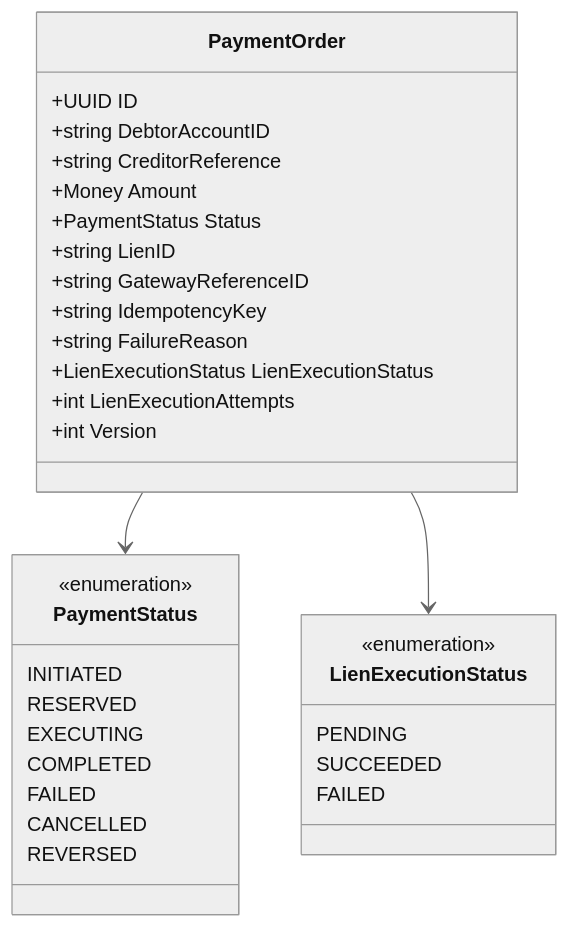
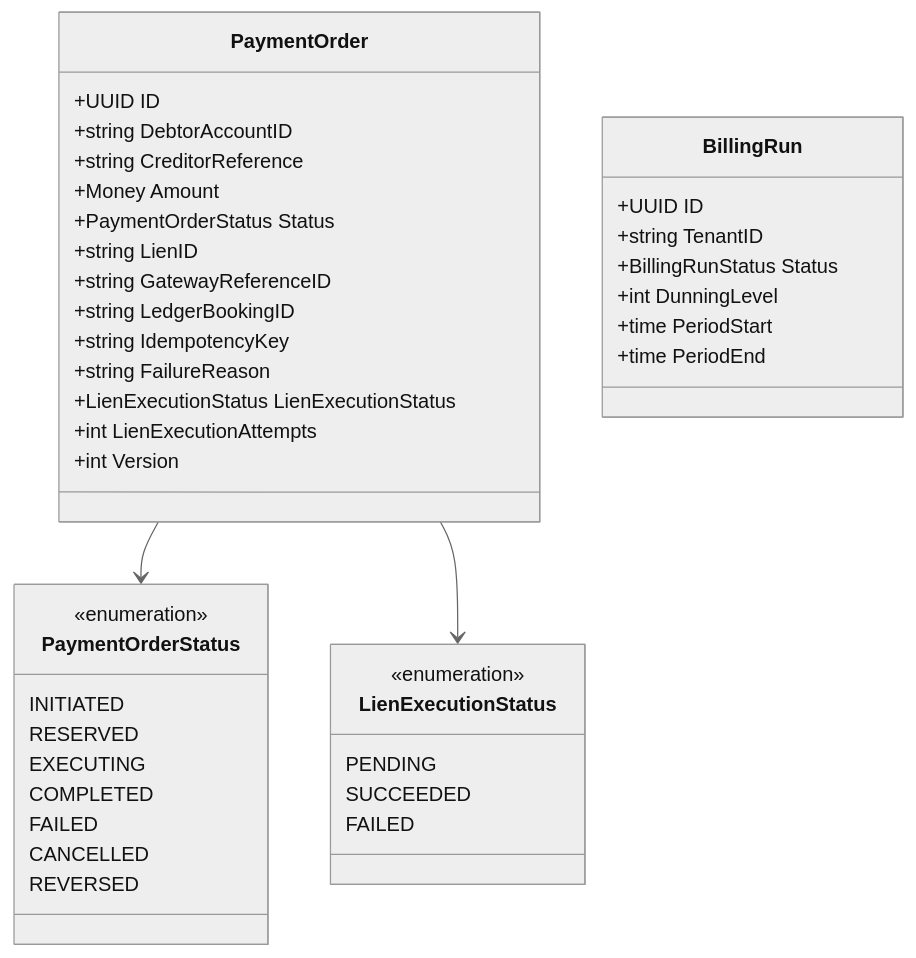
Before and after one commit to meridianhub/meridian: the diagram in services/payment-order/README.md, drawn with Mermaid (neutral theme). The commit also changed other lines of this file and 2 other files, not shown here.

````diff
--- a/services/payment-order/README.md
+++ b/services/payment-order/README.md
@@ -90,38 +71,48 @@
 ```mermaid
 classDiagram
     class PaymentOrder {
         +UUID ID
         +string DebtorAccountID
         +string CreditorReference
         +Money Amount
-        +PaymentStatus Status
+        +PaymentOrderStatus Status
         +string LienID
         +string GatewayReferenceID
+        +string LedgerBookingID
         +string IdempotencyKey
         +string FailureReason
         +LienExecutionStatus LienExecutionStatus
         +int LienExecutionAttempts
         +int Version
     }
 
-    class PaymentStatus {
+    class PaymentOrderStatus {
         <<enumeration>>
         INITIATED
         RESERVED
         EXECUTING
         COMPLETED
         FAILED
         CANCELLED
         REVERSED
     }
 
     class LienExecutionStatus {
         <<enumeration>>
         PENDING
         SUCCEEDED
         FAILED
     }
 
-    PaymentOrder --> PaymentStatus
+    class BillingRun {
+        +UUID ID
+        +string TenantID
+        +BillingRunStatus Status
+        +int DunningLevel
+        +time PeriodStart
+        +time PeriodEnd
+    }
+
+    PaymentOrder --> PaymentOrderStatus
     PaymentOrder --> LienExecutionStatus
 ```
````
